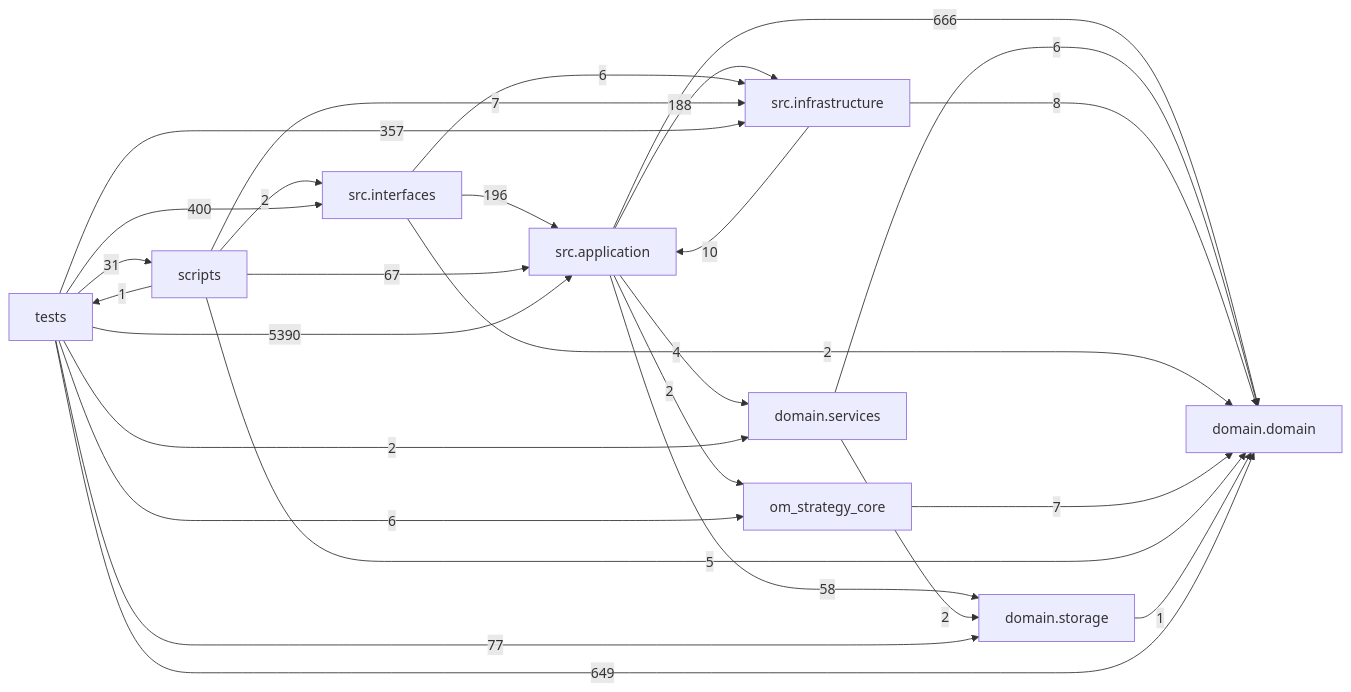
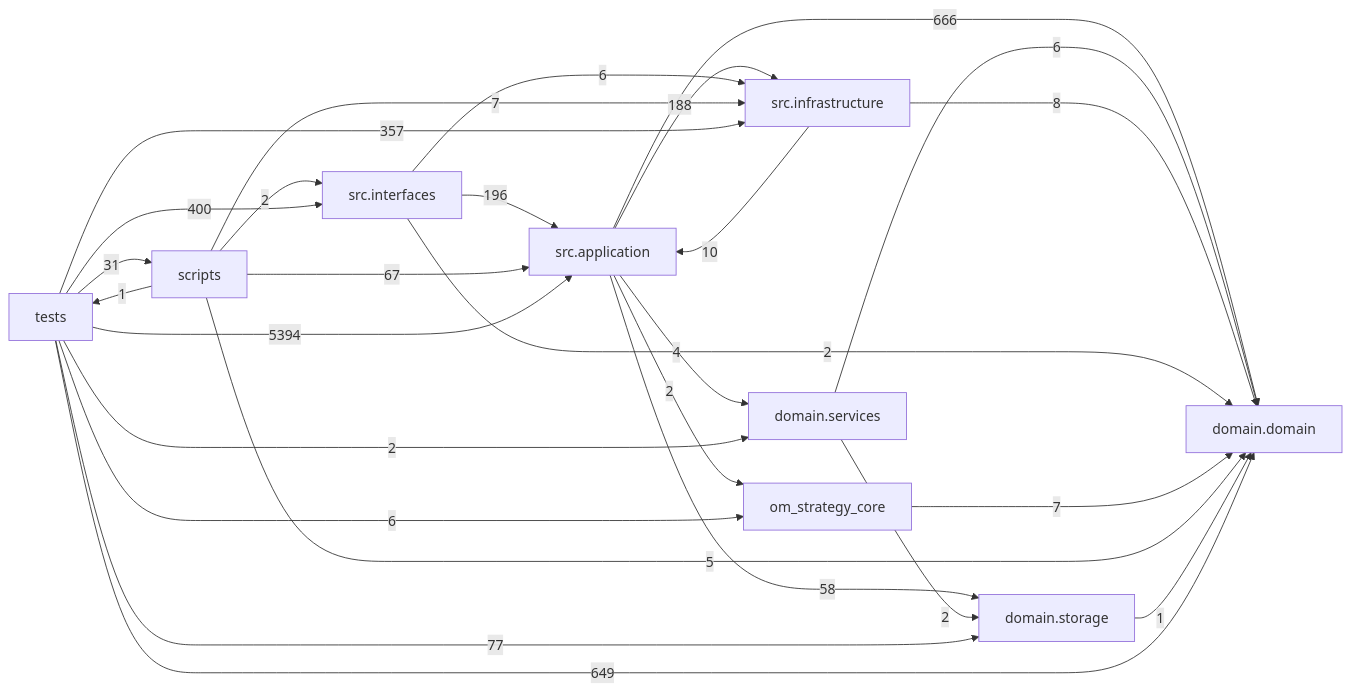
Before and after one commit to liuxie066/options-monitor: the diagram in docs/DEPENDENCY_GRAPH.md, drawn with Mermaid. The commit also changed other lines of this file and 2 other files, not shown here.

````diff
--- a/docs/DEPENDENCY_GRAPH.md
+++ b/docs/DEPENDENCY_GRAPH.md
@@ -24,38 +24,38 @@
 ```mermaid
 flowchart LR
   tests["tests"]
   scripts["scripts"]
   interfaces["src.interfaces"]
   application["src.application"]
   infrastructure["src.infrastructure"]
   domain_services["domain.services"]
   domain["domain.domain"]
   storage["domain.storage"]
   application -->|666| domain
   application -->|4| domain_services
   application -->|188| infrastructure
   application -->|2| om_strategy_core
   application -->|58| storage
   domain_services -->|6| domain
   domain_services -->|2| storage
   infrastructure -->|10| application
   infrastructure -->|8| domain
   interfaces -->|196| application
   interfaces -->|2| domain
   interfaces -->|6| infrastructure
   om_strategy_core -->|7| domain
   scripts -->|67| application
   scripts -->|5| domain
   scripts -->|7| infrastructure
   scripts -->|2| interfaces
   scripts -->|1| tests
   storage -->|1| domain
-  tests -->|5390| application
+  tests -->|5394| application
   tests -->|649| domain
   tests -->|2| domain_services
   tests -->|357| infrastructure
   tests -->|400| interfaces
   tests -->|6| om_strategy_core
   tests -->|31| scripts
   tests -->|77| storage
 ```
````
